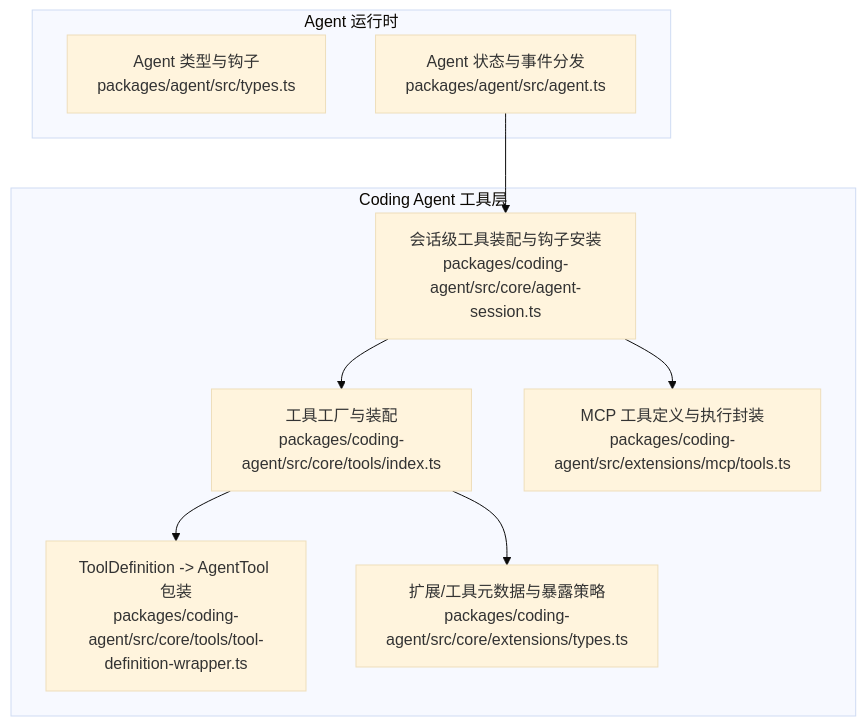
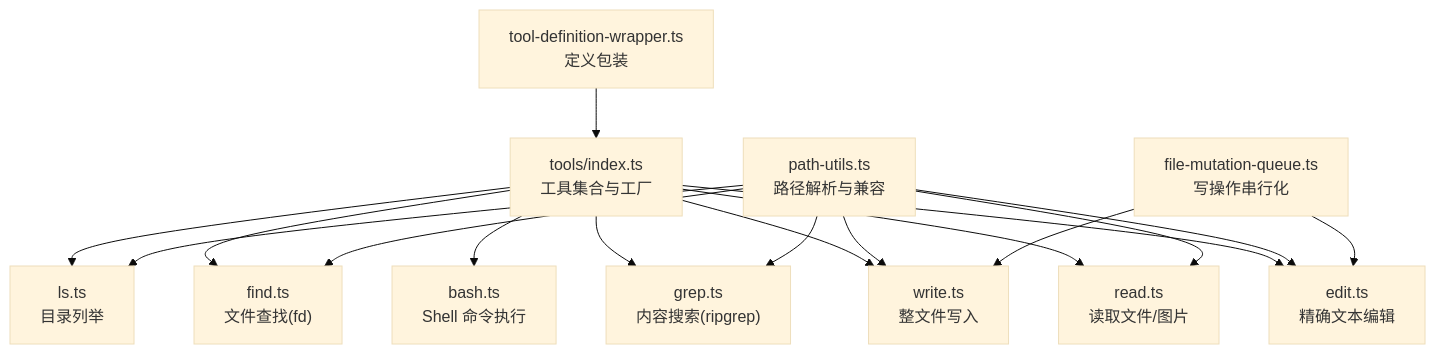
The first of 6 diagrams in .qoder/repowiki/zh/content/工具系统/工具系统.md (FDE-GROUP/oh-my-coding-agent), drawn with Mermaid (base theme) before and after one commit. The commit also changed other lines of this file and 755 other files, not shown here.

````diff
--- a/.qoder/repowiki/zh/content/工具系统/工具系统.md
+++ b/.qoder/repowiki/zh/content/工具系统/工具系统.md
@@ -39,19 +49,19 @@
 ```mermaid
 graph TB
-subgraph "Agent 运行时"
-A_types["Agent 类型与钩子<br/>packages/agent/src/types.ts"]
-A_agent["Agent 状态与事件分发<br/>packages/agent/src/agent.ts"]
-end
-subgraph "Coding Agent 工具层"
-T_index["工具工厂与装配<br/>packages/coding-agent/src/core/tools/index.ts"]
-T_wrap["ToolDefinition -> AgentTool 包装<br/>packages/coding-agent/src/core/tools/tool-definition-wrapper.ts"]
-T_ext_types["扩展/工具元数据与暴露策略<br/>packages/coding-agent/src/core/extensions/types.ts"]
-T_session["会话级工具装配与钩子安装<br/>packages/coding-agent/src/core/agent-session.ts"]
-T_mcp_tools["MCP 工具定义与执行封装<br/>packages/coding-agent/src/extensions/mcp/tools.ts"]
-end
-A_agent --> T_session
-T_session --> T_index
-T_index --> T_wrap
-T_index --> T_ext_types
-T_session --> T_mcp_tools
+A["tools/index.ts<br/>工具集合与工厂"] --> B["read.ts<br/>读取文件/图片"]
+A --> C["bash.ts<br/>Shell 命令执行"]
+A --> D["edit.ts<br/>精确文本编辑"]
+A --> E["write.ts<br/>整文件写入"]
+A --> F["grep.ts<br/>内容搜索(ripgrep)"]
+A --> G["find.ts<br/>文件查找(fd)"]
+A --> H["ls.ts<br/>目录列举"]
+I["path-utils.ts<br/>路径解析与兼容"] --> B
+I --> D
+I --> E
+I --> F
+I --> G
+I --> H
+J["file-mutation-queue.ts<br/>写操作串行化"] --> D
+J --> E
+K["tool-definition-wrapper.ts<br/>定义包装"] --> A
 ```
````
